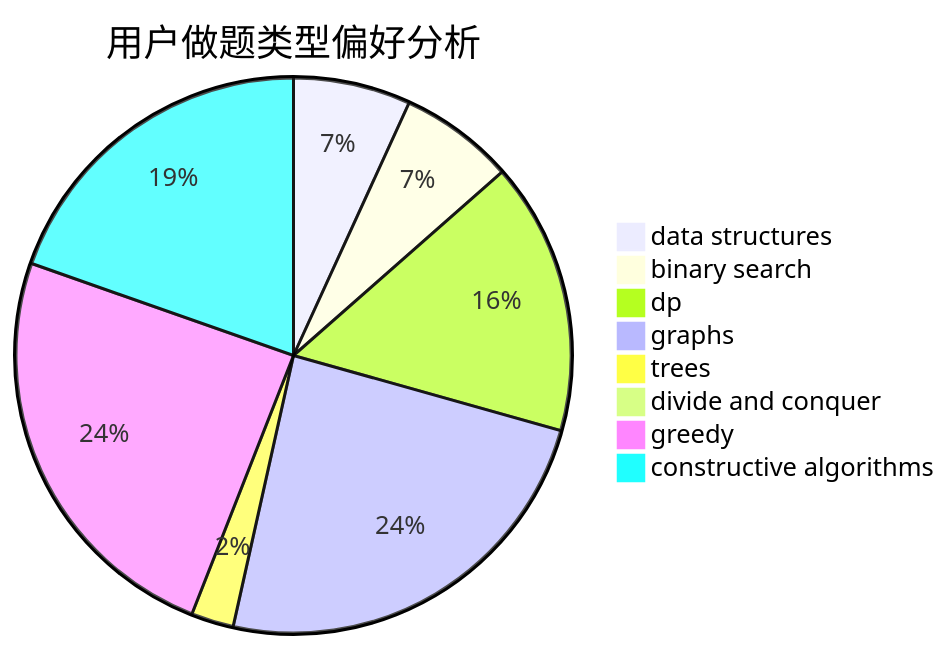
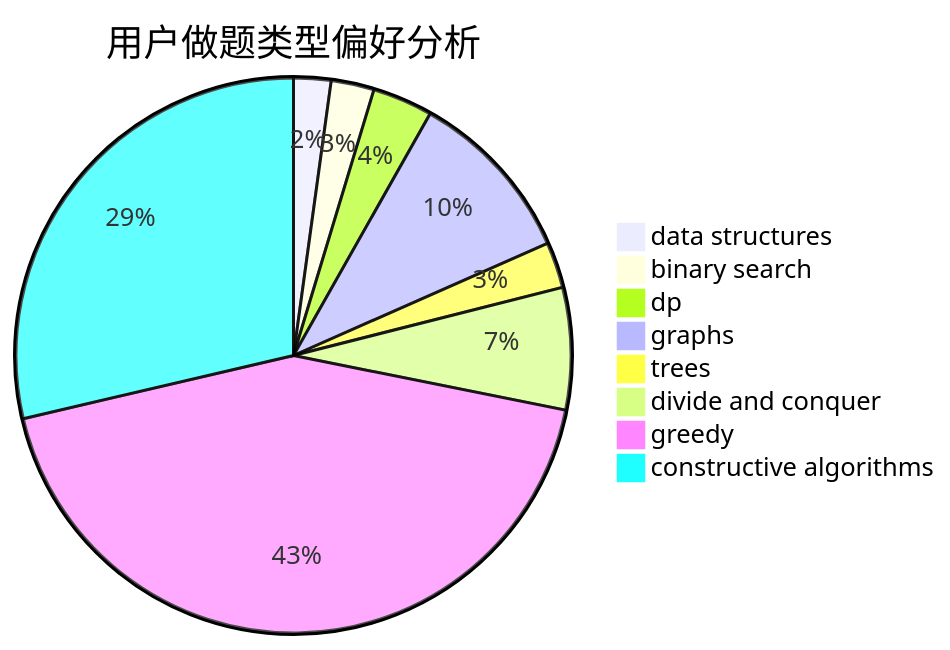
One commit to sherpahu/cfrs.github.io changed the second of 3 diagrams in docs/user/u2061.md. Above: the diagram before and after it, drawn with Mermaid. The commit also changed other lines of this file and 2770 other files, not shown here.

````diff
--- a/docs/user/u2061.md
+++ b/docs/user/u2061.md
@@ -23,11 +23,11 @@
 ```mermaid
 pie title 用户做题类型偏好分析
-    "data structures" :  47
-    "binary search" :  46
-    "dp" :  109
-    "graphs" :  166
-    "trees" :  17
-    "divide and conquer" :  5
-    "greedy" :  168
-    "constructive algorithms" :  135
+    "data structures" :  26
+    "binary search" :  30
+    "dp" :  42
+    "graphs" :  122
+    "trees" :  32
+    "divide and conquer" :  85
+    "greedy" :  517
+    "constructive algorithms" :  343
 ```
````
